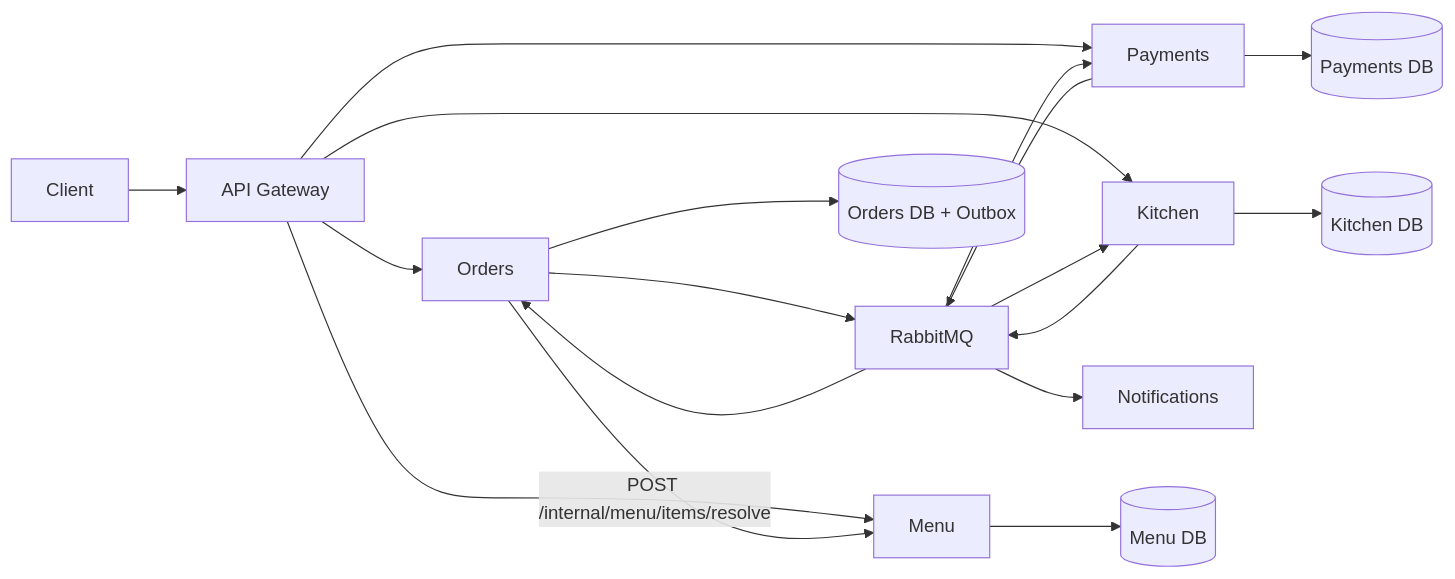
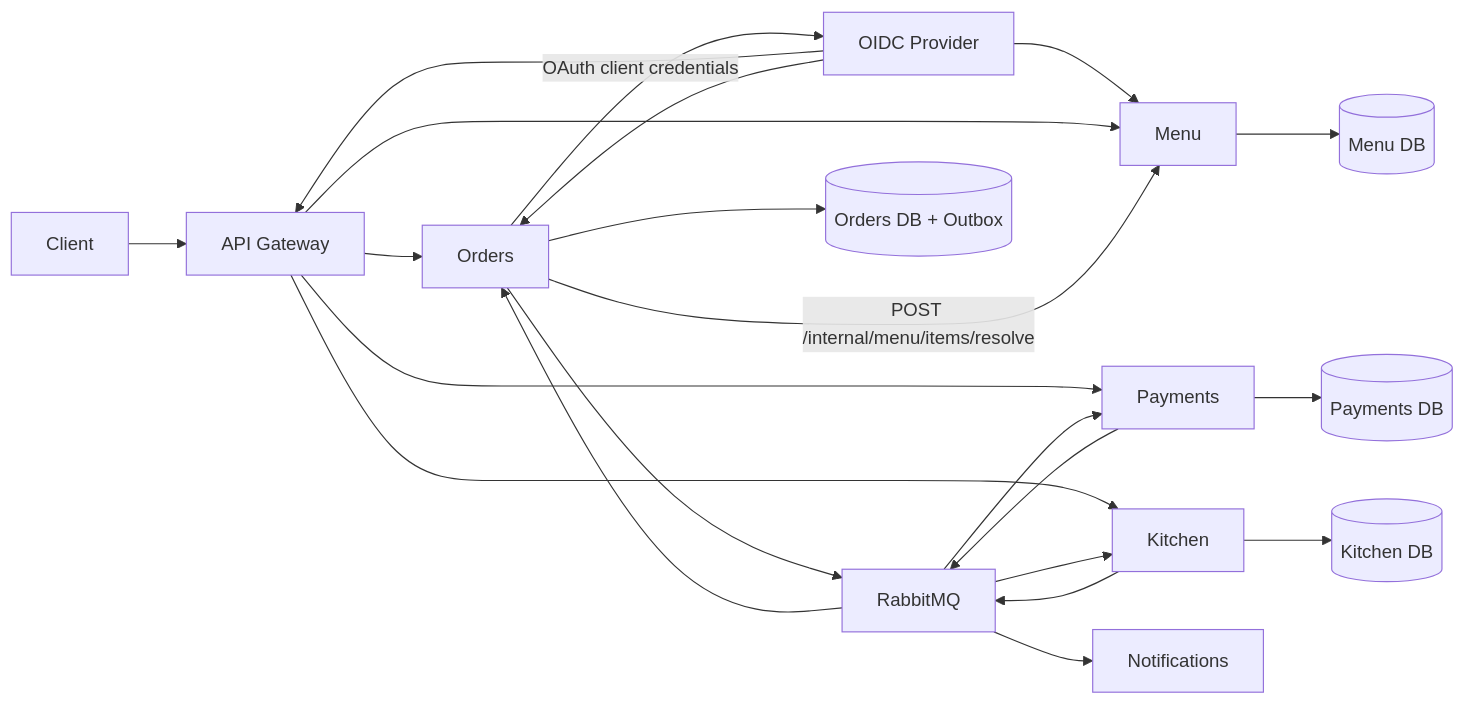
The first of 2 diagrams in docs/architecture.md (Rodrigorxt/restaurantflow), drawn with Mermaid before and after one commit. The commit also changed other lines of this file and 28 other files, not shown here.

````diff
--- a/docs/architecture.md
+++ b/docs/architecture.md
@@ -5,20 +5,24 @@
 ```mermaid
 flowchart LR
     Client --> Gateway[API Gateway]
+    Identity[OIDC Provider] --> Gateway
+    Identity --> Orders
+    Identity --> Menu
     Gateway --> Menu
     Gateway --> Orders
     Gateway --> Kitchen
     Gateway --> Payments
     Orders -- "POST /internal/menu/items/resolve" --> Menu
+    Orders -- "OAuth client credentials" --> Identity
     Orders --> Broker[RabbitMQ]
     Broker --> Orders
     Broker --> Payments
     Broker --> Kitchen
     Broker --> Notifications
     Kitchen --> Broker
     Payments --> Broker
     Menu --> MenuDb[(Menu DB)]
     Orders --> OrdersDb[(Orders DB + Outbox)]
     Kitchen --> KitchenDb[(Kitchen DB)]
     Payments --> PaymentsDb[(Payments DB)]
 ```
````
